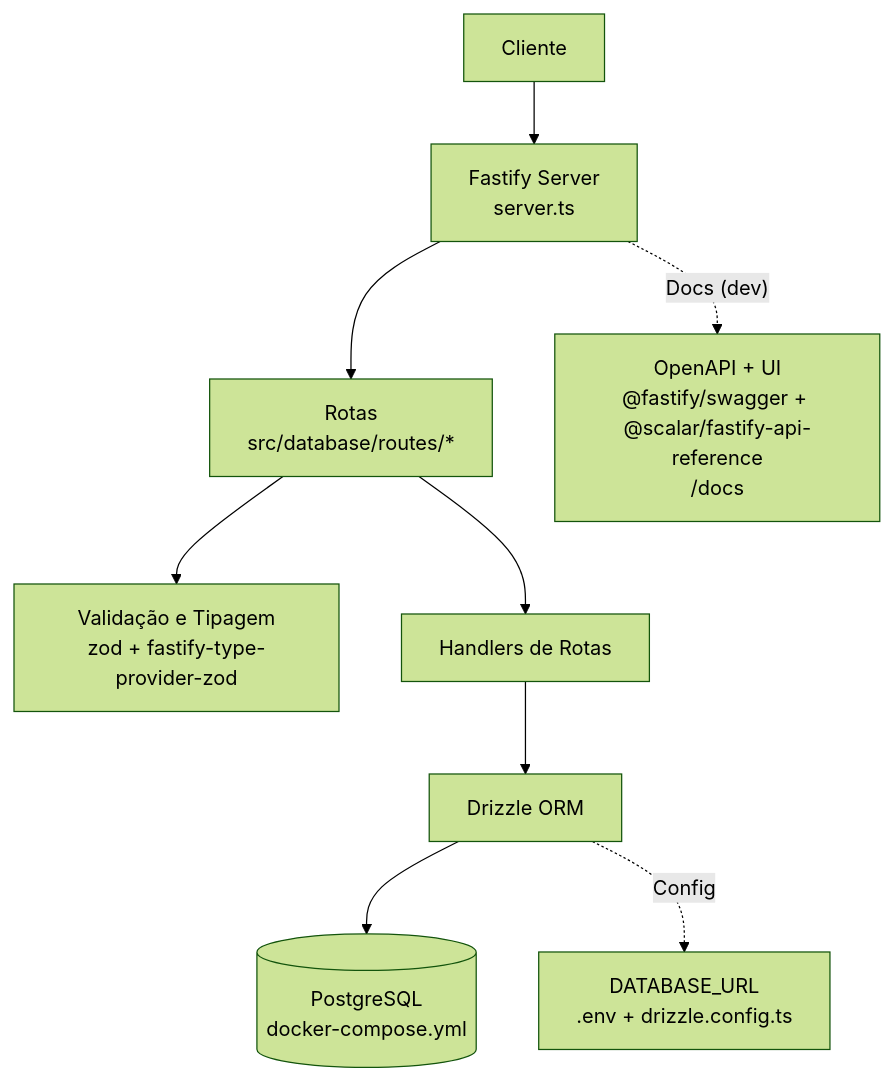
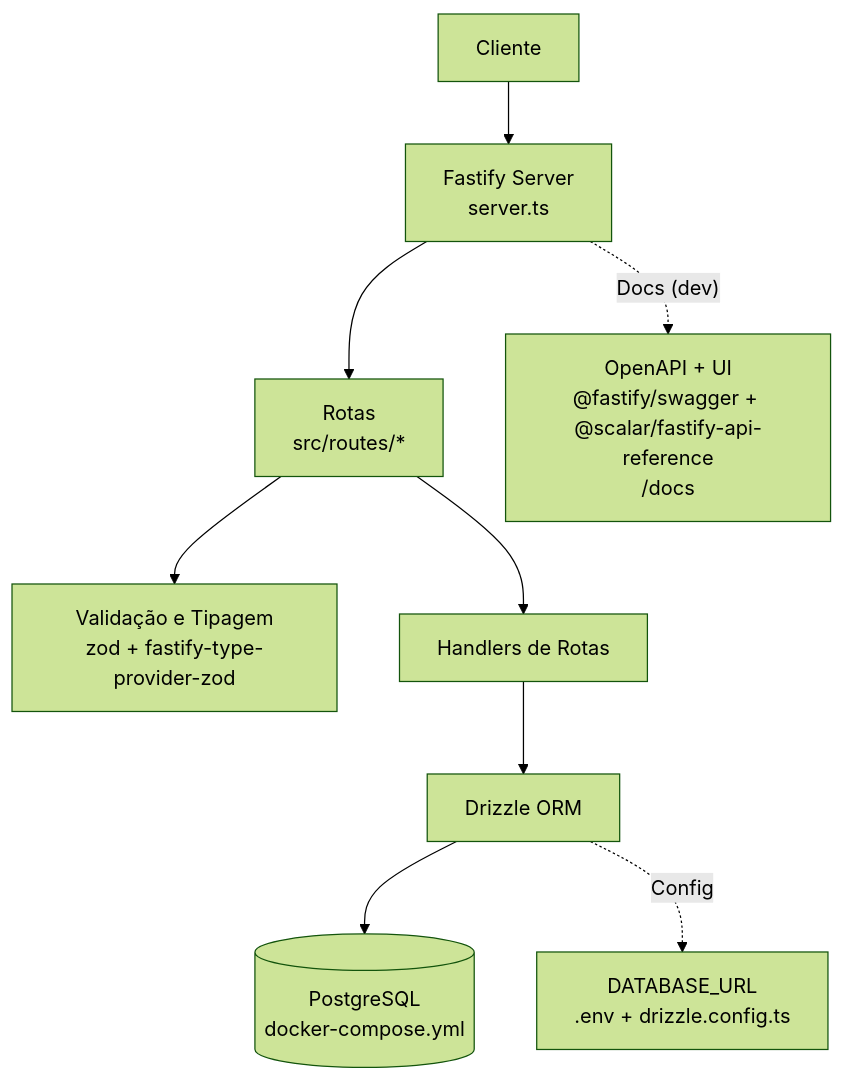
The diagram in README.md (ElBigodon/rocket-seat-node-js-api), drawn with Mermaid (forest theme) before and after one commit. The commit also changed other lines of this file, not shown here.

Commit message:
:books: docs: update folder structure and flowchart paths in README

````diff
--- a/README.md
+++ b/README.md
@@ -30,11 +30,11 @@
 ```mermaid
 flowchart TD
   A[Cliente] --> B[Fastify Server<br/>server.ts]
-  B --> C[Rotas<br/>src/database/routes/*]
+  B --> C[Rotas<br/>src/routes/*]
   C --> D[Validação e Tipagem<br/>zod + fastify-type-provider-zod]
   C --> E[Handlers de Rotas]
   E --> F[Drizzle ORM]
   F --> G[(PostgreSQL<br/>docker-compose.yml)]
   F -. Config .-> H[DATABASE_URL<br/>.env + drizzle.config.ts]
   B -. Docs (dev) .-> I[OpenAPI + UI<br/>@fastify/swagger + @scalar/fastify-api-reference<br/>/docs]
 ```
````
